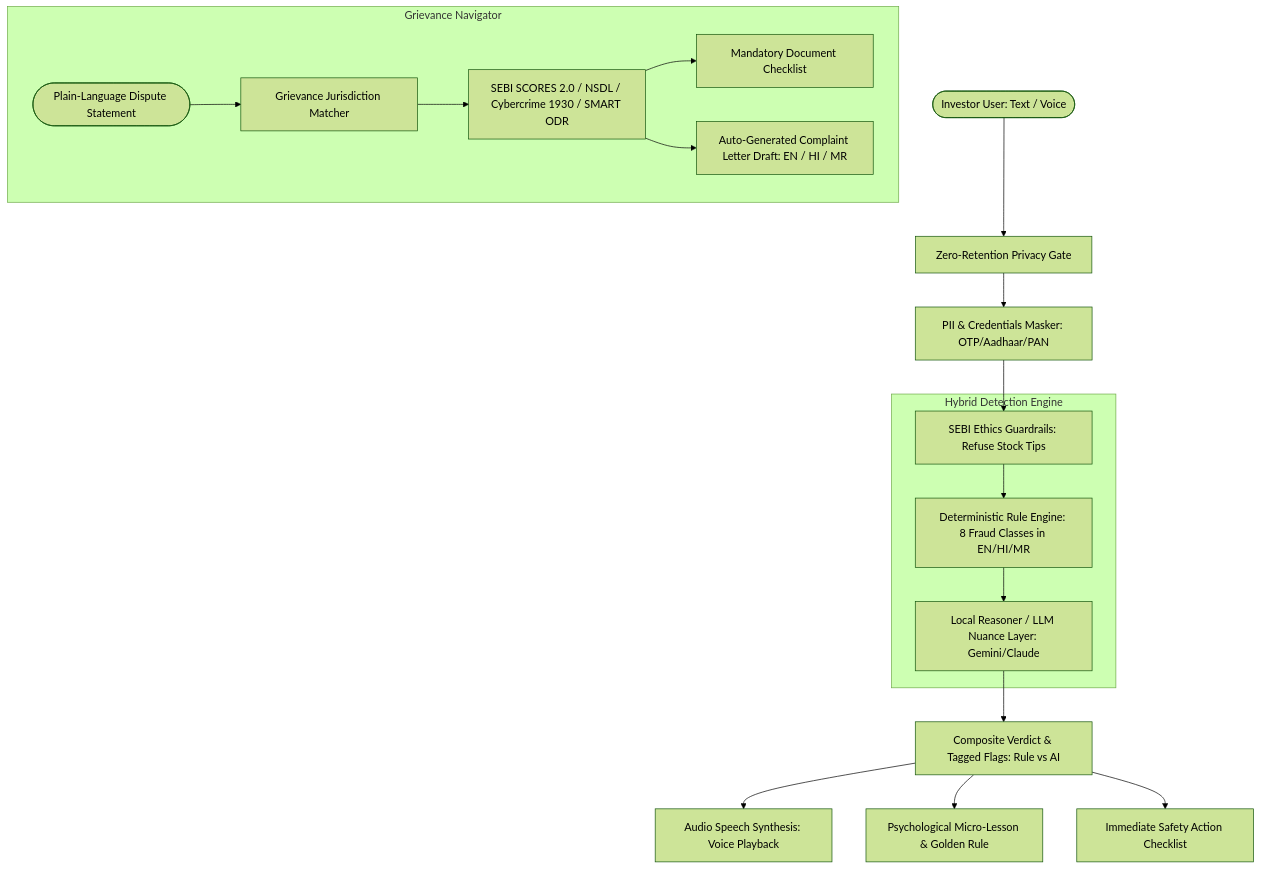
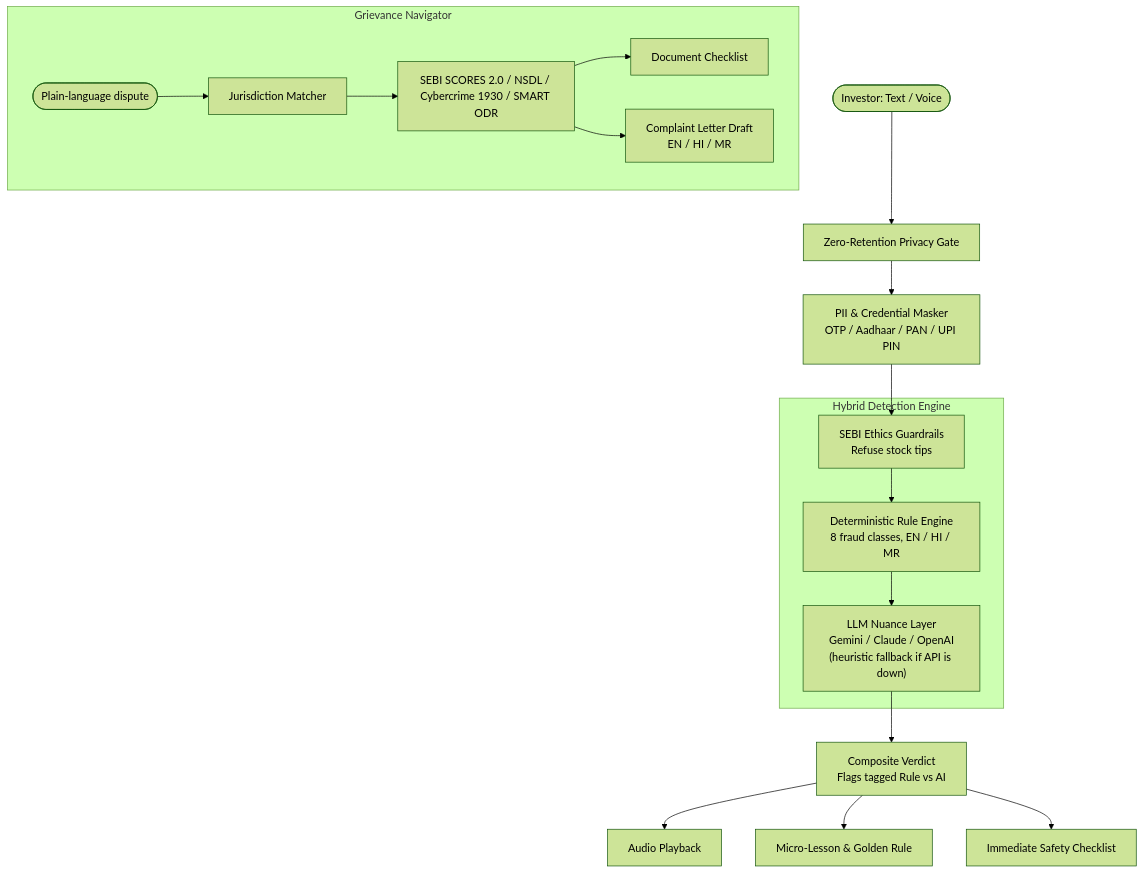
Before and after one commit to sujal-mane/Nivesh_Suraksha: the diagram in README.md, drawn with Mermaid (forest theme). The commit also changed other lines of this file, not shown here.

````diff
--- a/README.md
+++ b/README.md
@@ -16,23 +85,23 @@
 ```mermaid
 graph TD
-    User([Investor User: Text / Voice]) --> Gate[Zero-Retention Privacy Gate]
-    Gate --> PII[PII & Credentials Masker: OTP/Aadhaar/PAN]
-    PII --> Guard[SEBI Ethics Guardrails: Refuse Stock Tips]
-    
-    subgraph Hybrid Detection Engine
-        Guard --> RuleEngine[Deterministic Rule Engine: 8 Fraud Classes in EN/HI/MR]
-        RuleEngine --> LocalAI[Local Reasoner / LLM Nuance Layer: Gemini/Claude]
+    User(["Investor: Text / Voice"]) --> Gate["Zero-Retention Privacy Gate"]
+    Gate --> PII["PII & Credential Masker<br/>OTP / Aadhaar / PAN / UPI PIN"]
+    PII --> Guard["SEBI Ethics Guardrails<br/>Refuse stock tips"]
+
+    subgraph Hybrid["Hybrid Detection Engine"]
+        Guard --> Rules["Deterministic Rule Engine<br/>8 fraud classes, EN / HI / MR"]
+        Rules --> LLM["LLM Nuance Layer<br/>Gemini / Claude / OpenAI<br/>(heuristic fallback if API is down)"]
     end
-    
-    LocalAI --> Results[Composite Verdict & Tagged Flags: Rule vs AI]
-    Results --> TTS[Audio Speech Synthesis: Voice Playback]
-    Results --> Lesson[Psychological Micro-Lesson & Golden Rule]
-    Results --> Steps[Immediate Safety Action Checklist]
 
-    subgraph Grievance Navigator
-        Dispute([Plain-Language Dispute Statement]) --> Matcher[Grievance Jurisdiction Matcher]
-        Matcher --> Forums[SEBI SCORES 2.0 / NSDL / Cybercrime 1930 / SMART ODR]
-        Forums --> DocsChecklist[Mandatory Document Checklist]
-        Forums --> DraftLetter[Auto-Generated Complaint Letter Draft: EN / HI / MR]
+    LLM --> Results["Composite Verdict<br/>Flags tagged Rule vs AI"]
+    Results --> TTS["Audio Playback"]
+    Results --> Lesson["Micro-Lesson & Golden Rule"]
+    Results --> Steps["Immediate Safety Checklist"]
+
+    subgraph Grievance["Grievance Navigator"]
+        Dispute(["Plain-language dispute"]) --> Matcher["Jurisdiction Matcher"]
+        Matcher --> Forums["SEBI SCORES 2.0 / NSDL / Cybercrime 1930 / SMART ODR"]
+        Forums --> Docs["Document Checklist"]
+        Forums --> Draft["Complaint Letter Draft<br/>EN / HI / MR"]
     end
 ```
````
